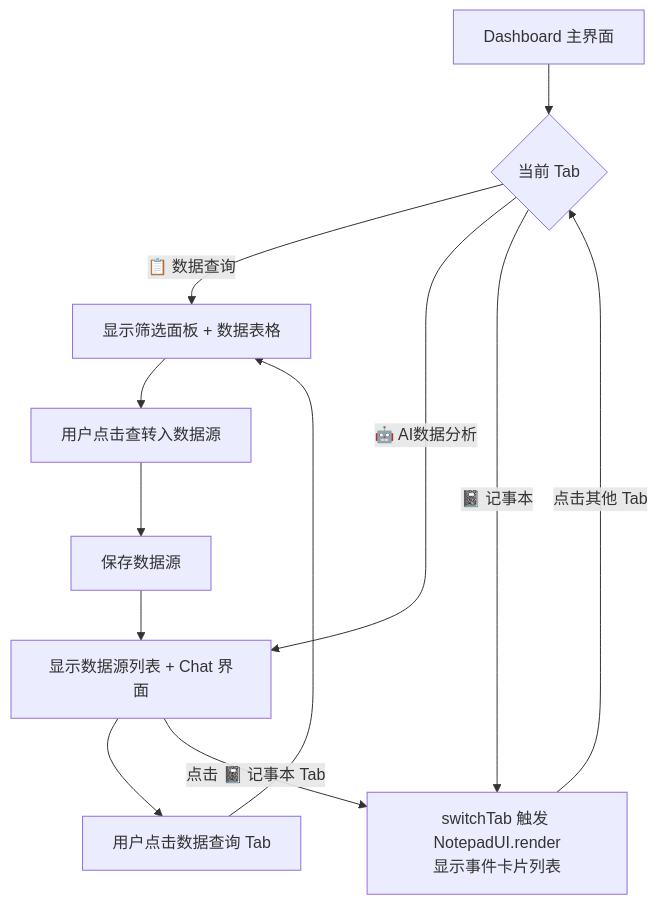
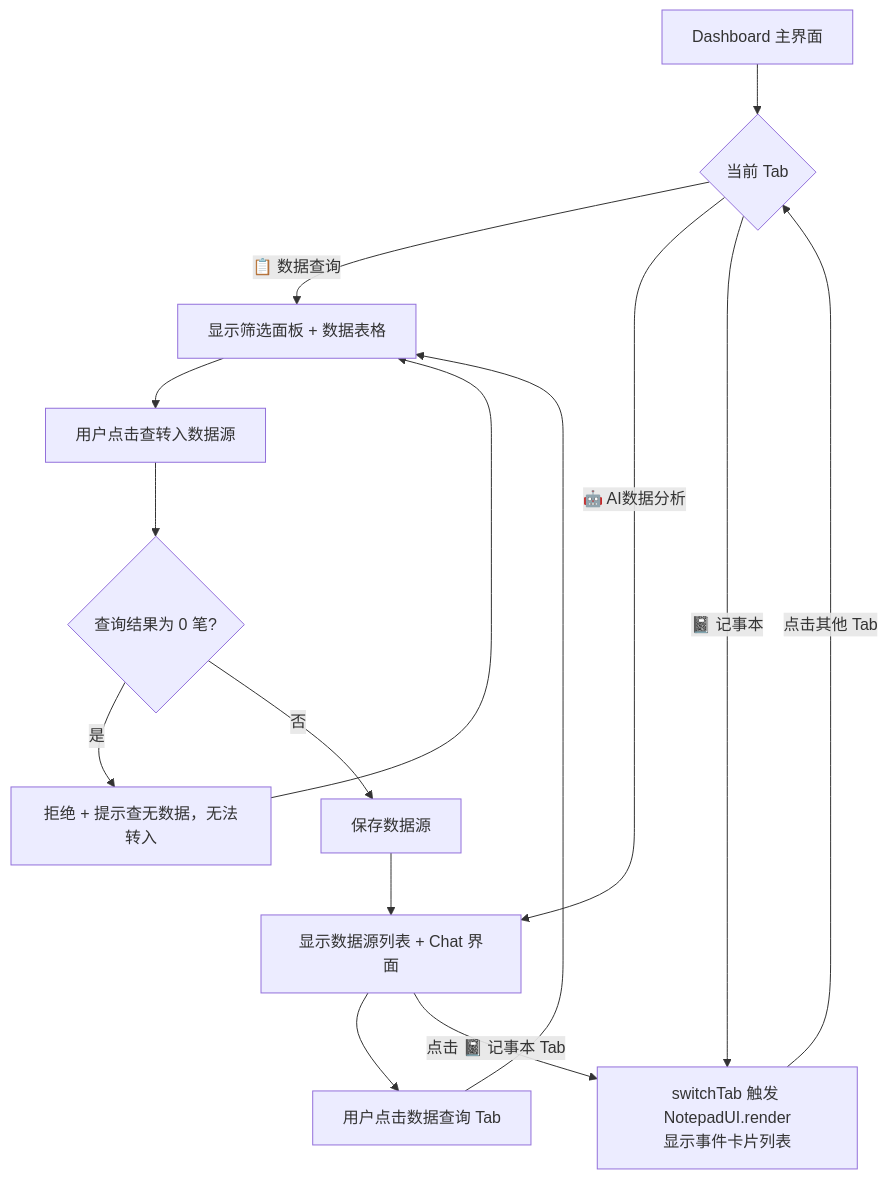
One commit to ksmingkimo/AsCoding changed the seventh of 21 diagrams in 流程图.md. Above: the diagram before and after it, drawn with Mermaid. The commit also changed other lines of this file and 11 other files, not shown here.

````diff
--- a/流程图.md
+++ b/流程图.md
@@ -248,14 +250,17 @@
 ```mermaid
 flowchart TD
     A[Dashboard 主界面] --> B{当前 Tab}
     B -->|📋 数据查询| C[显示筛选面板 + 数据表格]
     B -->|🤖 AI数据分析| D[显示数据源列表 + Chat 界面]
     B -->|📓 记事本| N[switchTab 触发 NotepadUI.render<br/>显示事件卡片列表]
     C --> E[用户点击查转入数据源]
-    E --> F[保存数据源]
-    F --> D
+    E --> F{查询结果为 0 笔?}
+    F -->|是| R[拒绝 + 提示查无数据，无法转入]
+    F -->|否| F2[保存数据源]
+    F2 --> D
+    R --> C
     D --> G[用户点击数据查询 Tab]
     G --> C
     D -->|点击 📓 记事本 Tab| N
     N -->|点击其他 Tab| B
 ```
````
